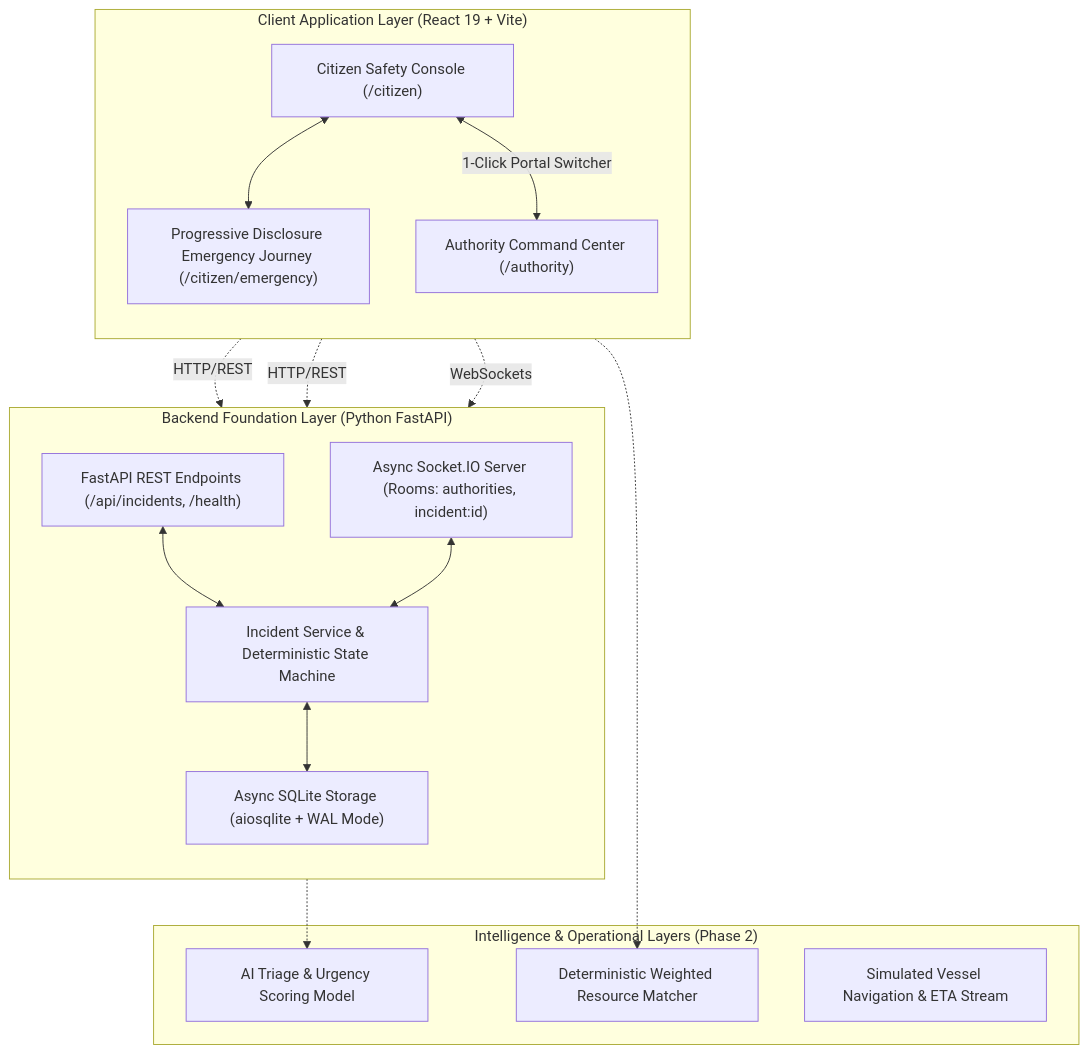
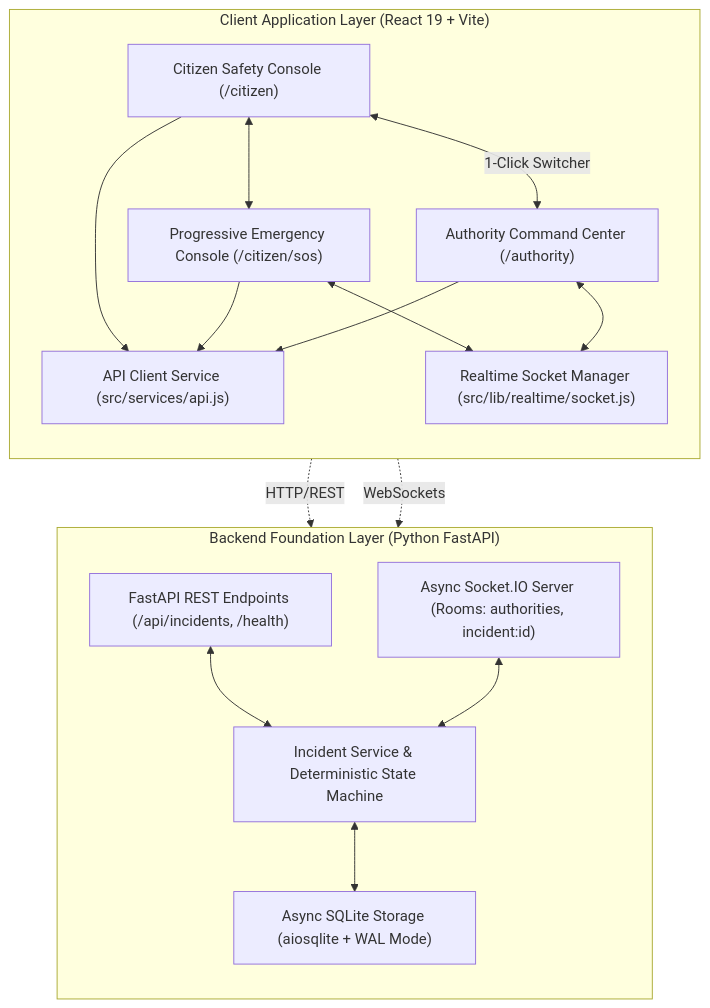
One commit to pritesh-4/SIH-2026---SALVUS changed the diagram in docs/ARCHITECTURE.md. Above: the diagram before and after it, drawn with Mermaid. The commit also changed other lines of this file and 18 other files, not shown here.

Commit message:
Authority incident pipeline and realtime citizen tracking

````diff
--- a/docs/ARCHITECTURE.md
+++ b/docs/ARCHITECTURE.md
@@ -9,37 +9,35 @@
 ```mermaid
 flowchart TB
     subgraph Client_App ["Client Application Layer (React 19 + Vite)"]
         direction TB
         CitizenPortal["Citizen Safety Console (/citizen)"]
-        CitizenEmergency["Progressive Disclosure Emergency Journey (/citizen/emergency)"]
+        CitizenEmergency["Progressive Emergency Console (/citizen/sos)"]
         AuthorityCenter["Authority Command Center (/authority)"]
+        RealtimeSocket["Realtime Socket Manager (src/lib/realtime/socket.js)"]
+        APIService["API Client Service (src/services/api.js)"]
 
         CitizenPortal <--> CitizenEmergency
-        CitizenPortal <-->|"1-Click Portal Switcher"| AuthorityCenter
+        CitizenPortal <-->|"1-Click Switcher"| AuthorityCenter
+        CitizenPortal --> APIService
+        CitizenEmergency --> APIService
+        CitizenEmergency <--> RealtimeSocket
+        AuthorityCenter --> APIService
+        AuthorityCenter <--> RealtimeSocket
     end
 
     subgraph Backend_App ["Backend Foundation Layer (Python FastAPI)"]
         direction TB
         APIGateway["FastAPI REST Endpoints (/api/incidents, /health)"]
         SocketEngine["Async Socket.IO Server (Rooms: authorities, incident:id)"]
         DomainService["Incident Service & Deterministic State Machine"]
         DBLayer["Async SQLite Storage (aiosqlite + WAL Mode)"]
 
         APIGateway <--> DomainService
         SocketEngine <--> DomainService
         DomainService <--> DBLayer
     end
 
-    subgraph Intelligence_Layer ["Intelligence & Operational Layers (Phase 2)"]
-        AIEngine["AI Triage & Urgency Scoring Model"]
-        AllocationEngine["Deterministic Weighted Resource Matcher"]
-        TelemetryEngine["Simulated Vessel Navigation & ETA Stream"]
-    end
-
     %% Wiring
-    CitizenPortal -.->|HTTP/REST| APIGateway
-    AuthorityCenter -.->|HTTP/REST| APIGateway
-    AuthorityCenter -.->|WebSockets| SocketEngine
-    DomainService -.-> AIEngine
-    AuthorityCenter -.-> AllocationEngine
+    APIService -.->|HTTP/REST| APIGateway
+    RealtimeSocket -.->|WebSockets| SocketEngine
 ```
````
